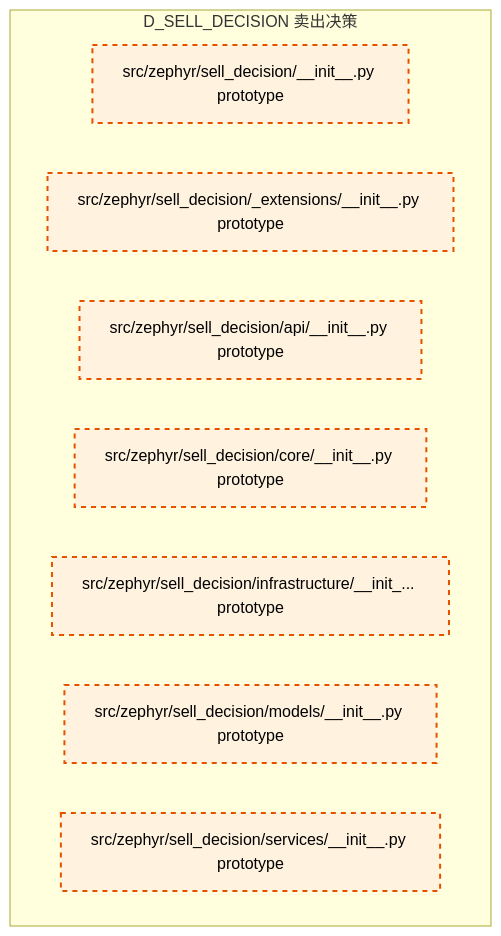
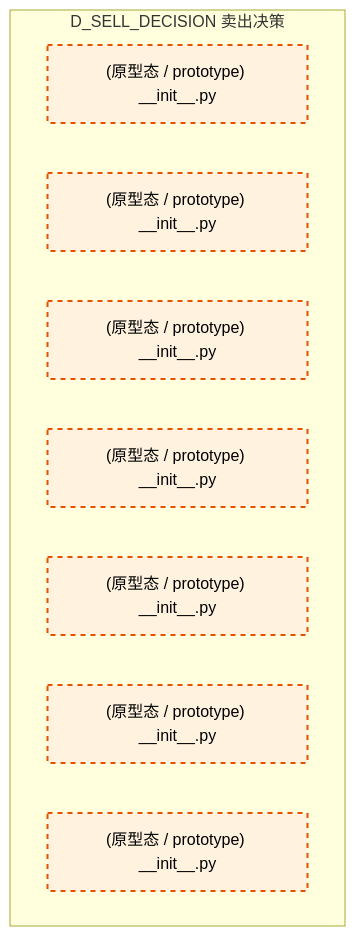
One commit to xuanFelixVan/ZephyrAlpha changed the diagram in docs/02_enterprise_architecture/02_domain_architecture_docs/47_d_sell_decision.md. Above: the diagram before and after it, drawn with Mermaid. The commit also changed other lines of this file and 100 other files, not shown here.

````diff
--- a/docs/02_enterprise_architecture/02_domain_architecture_docs/47_d_sell_decision.md
+++ b/docs/02_enterprise_architecture/02_domain_architecture_docs/47_d_sell_decision.md
@@ -47,17 +49,17 @@
 ```mermaid
 graph TD
     subgraph D_SELL_DECISION["D_SELL_DECISION 卖出决策"]
-        src_zephyr_sell_decision_init_py["src/zephyr/sell_decision/__init__.py prototype"]
-        src_zephyr_sell_decision_extensions_init_py["src/zephyr/sell_decision/_extensions/__init__.py prototype"]
-        src_zephyr_sell_decision_api_init_py["src/zephyr/sell_decision/api/__init__.py prototype"]
-        src_zephyr_sell_decision_core_init_py["src/zephyr/sell_decision/core/__init__.py prototype"]
-        src_zephyr_sell_decision_infrastructure_init_py["src/zephyr/sell_decision/infrastructure/__init_... prototype"]
-        src_zephyr_sell_decision_models_init_py["src/zephyr/sell_decision/models/__init__.py prototype"]
-        src_zephyr_sell_decision_services_init_py["src/zephyr/sell_decision/services/__init__.py prototype"]
+        src_zephyr_sell_decision_init_py["(原型态 / prototype) __init__.py"]
+        src_zephyr_sell_decision_extensions_init_py["(原型态 / prototype) __init__.py"]
+        src_zephyr_sell_decision_api_init_py["(原型态 / prototype) __init__.py"]
+        src_zephyr_sell_decision_core_init_py["(原型态 / prototype) __init__.py"]
+        src_zephyr_sell_decision_infrastructure_init_py["(原型态 / prototype) __init__.py"]
+        src_zephyr_sell_decision_models_init_py["(原型态 / prototype) __init__.py"]
+        src_zephyr_sell_decision_services_init_py["(原型态 / prototype) __init__.py"]
     end
     classDef production fill:#e1f5fe,stroke:#01579b,stroke-width:2px,color:#000
     classDef design fill:#fff3e0,stroke:#e65100,stroke-width:2px,color:#000,stroke-dasharray: 5 5
     classDef external_prod fill:#e8f5e9,stroke:#1b5e20,stroke-width:1px,color:#000
     classDef external_design fill:#fce4ec,stroke:#880e4f,stroke-width:1px,color:#000,stroke-dasharray: 5 5
     class src_zephyr_sell_decision_init_py,src_zephyr_sell_decision_extensions_init_py,src_zephyr_sell_decision_api_init_py,src_zephyr_sell_decision_core_init_py,src_zephyr_sell_decision_infrastructure_init_py,src_zephyr_sell_decision_models_init_py,src_zephyr_sell_decision_services_init_py design
 ```
````
